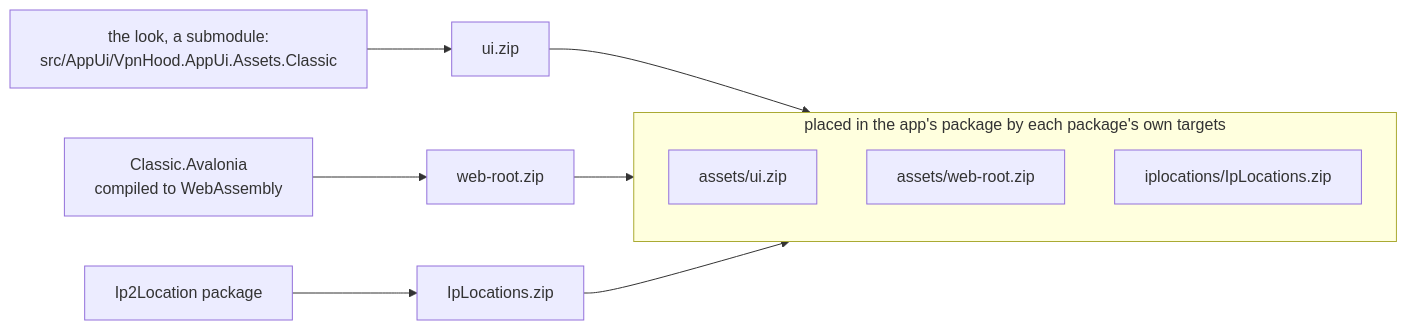
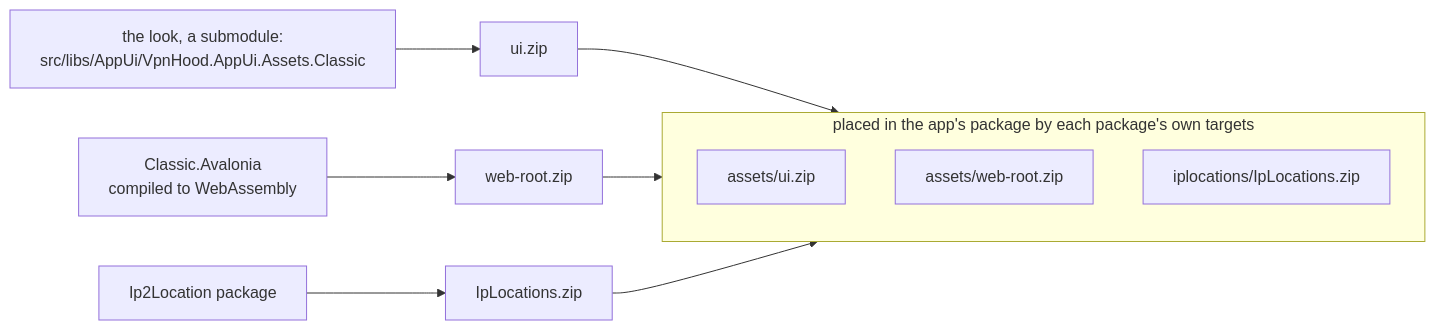
The first of 2 diagrams in docs/assets.md (vpnhood/VpnHood), drawn with Mermaid before and after one commit. The commit also changed other lines of this file and 107 other files, not shown here.

````diff
--- a/docs/assets.md
+++ b/docs/assets.md
@@ -78,16 +78,16 @@
 ```mermaid
 graph LR
-    W["the look, a submodule:<br/>src/AppUi/VpnHood.AppUi.Assets.Classic"] --> UZ["ui.zip"]
+    W["the look, a submodule:<br/>src/libs/AppUi/VpnHood.AppUi.Assets.Classic"] --> UZ["ui.zip"]
     CA["Classic.Avalonia<br/>compiled to WebAssembly"] --> BZ["web-root.zip"]
     IP["Ip2Location package"] --> IZ["IpLocations.zip"]
 
     UZ --> P
     BZ --> P
     IZ --> P
 
     subgraph P["placed in the app's package by each package's own targets"]
         A1["assets/ui.zip"]
         A2["assets/web-root.zip"]
         A3["iplocations/IpLocations.zip"]
     end
 ```
````
